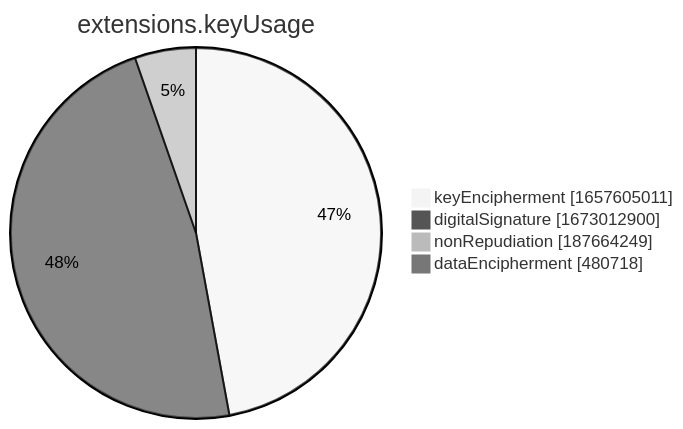
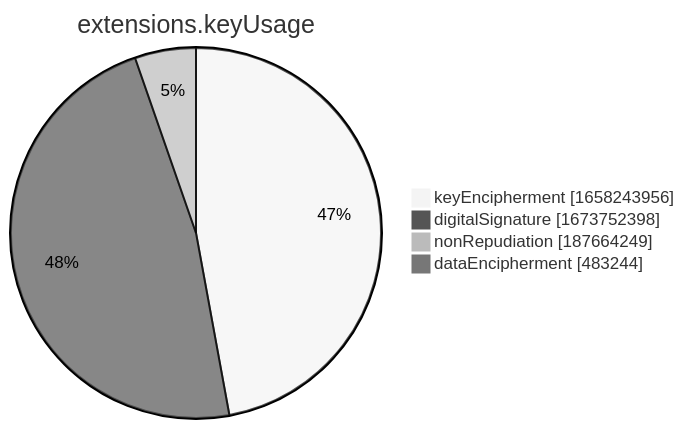
The seventh of 15 diagrams in xenon2022/README.md (christiankrug/ctmonitor_visualization), drawn with Mermaid (neutral theme) before and after one commit. The commit also changed other lines of this file, not shown here.

````diff
--- a/xenon2022/README.md
+++ b/xenon2022/README.md
@@ -2857,8 +2857,8 @@
 ```mermaid
 pie showData
 title extensions.keyUsage
-"keyEncipherment" :1657605011
-"digitalSignature" :1673012900
+"keyEncipherment" :1658243956
+"digitalSignature" :1673752398
 "nonRepudiation" :187664249
-"dataEncipherment" :480718
+"dataEncipherment" :483244
 ```
````
